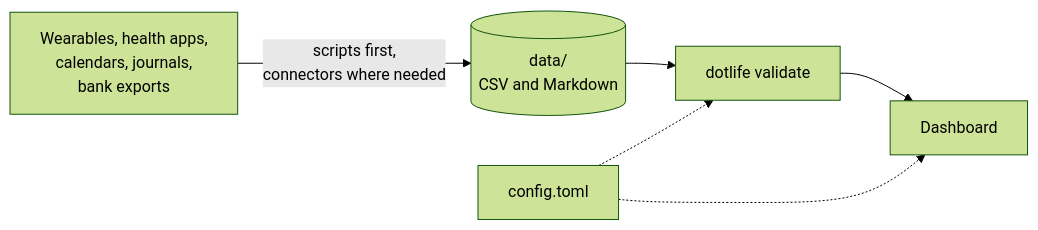
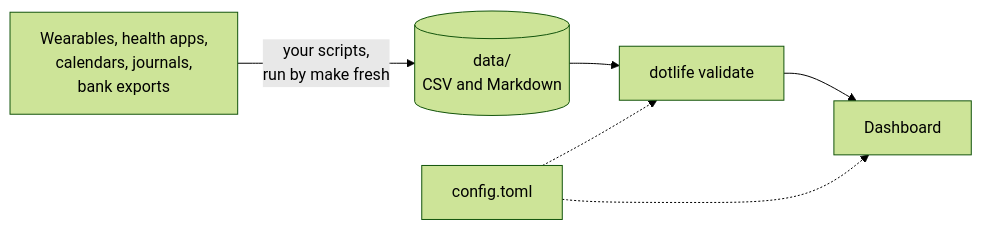
Before and after one commit to flaviaouyang/dotlife: the diagram in README.md, drawn with Mermaid (forest theme). The commit also changed other lines of this file and 4 other files, not shown here.

First line of the commit message:
docs: plan setup, make fresh, fetch and maintain in place of setup-sources and sync

````diff
--- a/README.md
+++ b/README.md
@@ -44,13 +44,13 @@
 ```mermaid
 flowchart LR
     sources["Wearables, health apps,<br>calendars, journals,<br>bank exports"]
     data[("data/<br>CSV and Markdown")]
     validate["dotlife validate"]
     dashboard["Dashboard"]
     config["config.toml"]
 
-    sources -- "scripts first,<br>connectors where needed" --> data
+    sources -- "your scripts,<br>run by make fresh" --> data
     data --> validate --> dashboard
     config -.-> validate
     config -.-> dashboard
 ```
````
